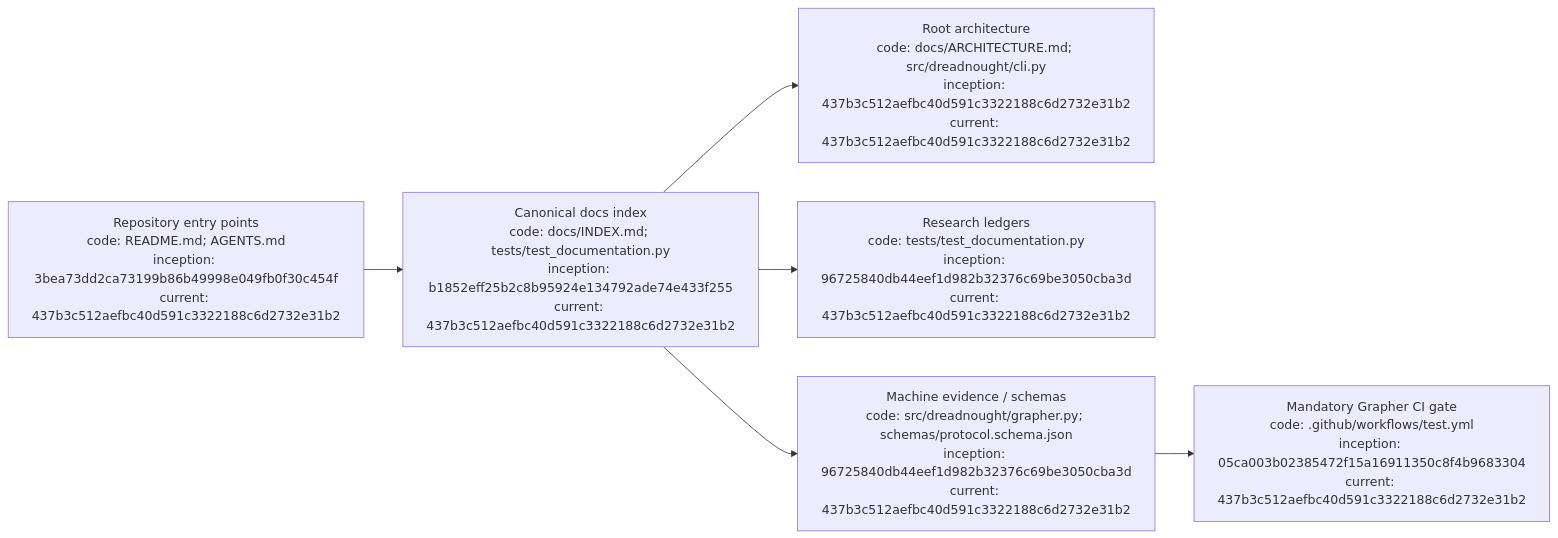
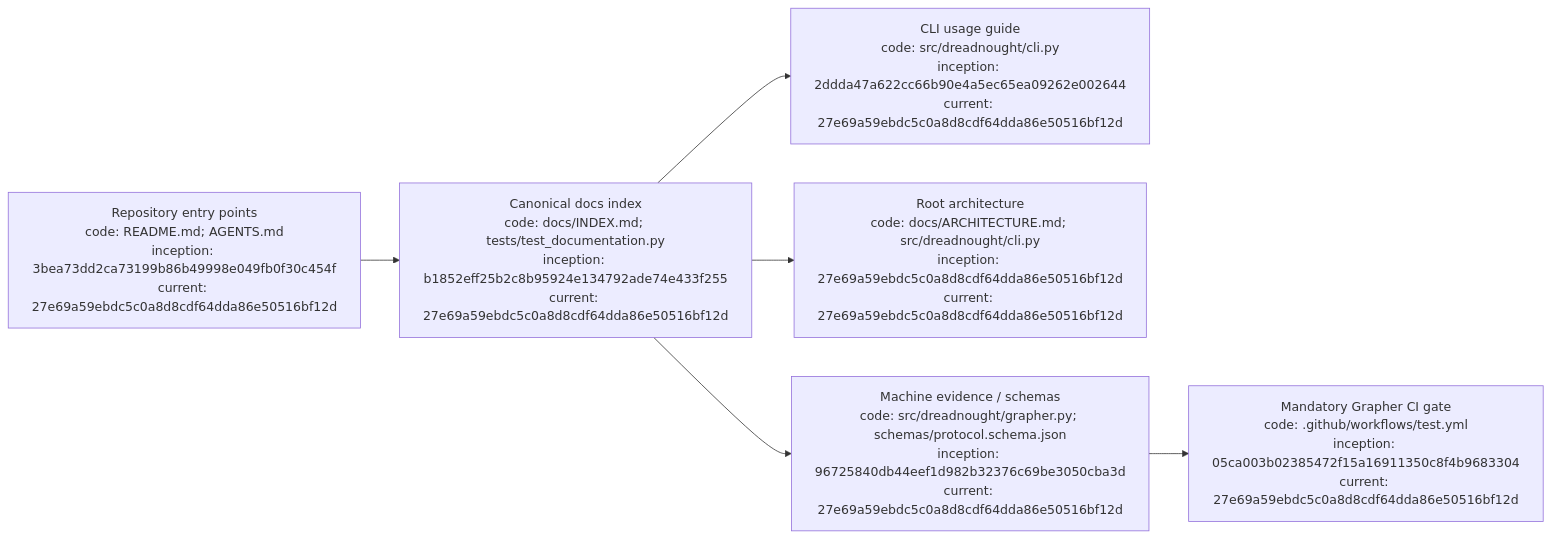
The diagram in docs/INDEX.md (seanbman/dreadnought), drawn with Mermaid before and after one commit. The commit also changed other lines of this file, not shown here.

Commit message:
docs: index CLI usage guide

````diff
--- a/docs/INDEX.md
+++ b/docs/INDEX.md
@@ -60,8 +61,8 @@
 ```mermaid
 flowchart LR
-    R["Repository entry points\ncode: README.md; AGENTS.md\ninception: 3bea73dd2ca73199b86b49998e049fb0f30c454f\ncurrent: 437b3c512aefbc40d591c3322188c6d2732e31b2"] --> I["Canonical docs index\ncode: docs/INDEX.md; tests/test_documentation.py\ninception: b1852eff25b2c8b95924e134792ade74e433f255\ncurrent: 437b3c512aefbc40d591c3322188c6d2732e31b2"]
-    I --> A["Root architecture\ncode: docs/ARCHITECTURE.md; src/dreadnought/cli.py\ninception: 437b3c512aefbc40d591c3322188c6d2732e31b2\ncurrent: 437b3c512aefbc40d591c3322188c6d2732e31b2"]
-    I --> L["Research ledgers\ncode: tests/test_documentation.py\ninception: 96725840db44eef1d982b32376c69be3050cba3d\ncurrent: 437b3c512aefbc40d591c3322188c6d2732e31b2"]
-    I --> P["Machine evidence / schemas\ncode: src/dreadnought/grapher.py; schemas/protocol.schema.json\ninception: 96725840db44eef1d982b32376c69be3050cba3d\ncurrent: 437b3c512aefbc40d591c3322188c6d2732e31b2"]
-    P --> G["Mandatory Grapher CI gate\ncode: .github/workflows/test.yml\ninception: 05ca003b02385472f15a16911350c8f4b9683304\ncurrent: 437b3c512aefbc40d591c3322188c6d2732e31b2"]
+    R["Repository entry points\ncode: README.md; AGENTS.md\ninception: 3bea73dd2ca73199b86b49998e049fb0f30c454f\ncurrent: 27e69a59ebdc5c0a8d8cdf64dda86e50516bf12d"] --> I["Canonical docs index\ncode: docs/INDEX.md; tests/test_documentation.py\ninception: b1852eff25b2c8b95924e134792ade74e433f255\ncurrent: 27e69a59ebdc5c0a8d8cdf64dda86e50516bf12d"]
+    I --> C["CLI usage guide\ncode: src/dreadnought/cli.py\ninception: 2ddda47a622cc66b90e4a5ec65ea09262e002644\ncurrent: 27e69a59ebdc5c0a8d8cdf64dda86e50516bf12d"]
+    I --> A["Root architecture\ncode: docs/ARCHITECTURE.md; src/dreadnought/cli.py\ninception: 27e69a59ebdc5c0a8d8cdf64dda86e50516bf12d\ncurrent: 27e69a59ebdc5c0a8d8cdf64dda86e50516bf12d"]
+    I --> P["Machine evidence / schemas\ncode: src/dreadnought/grapher.py; schemas/protocol.schema.json\ninception: 96725840db44eef1d982b32376c69be3050cba3d\ncurrent: 27e69a59ebdc5c0a8d8cdf64dda86e50516bf12d"]
+    P --> G["Mandatory Grapher CI gate\ncode: .github/workflows/test.yml\ninception: 05ca003b02385472f15a16911350c8f4b9683304\ncurrent: 27e69a59ebdc5c0a8d8cdf64dda86e50516bf12d"]
 ```
````
